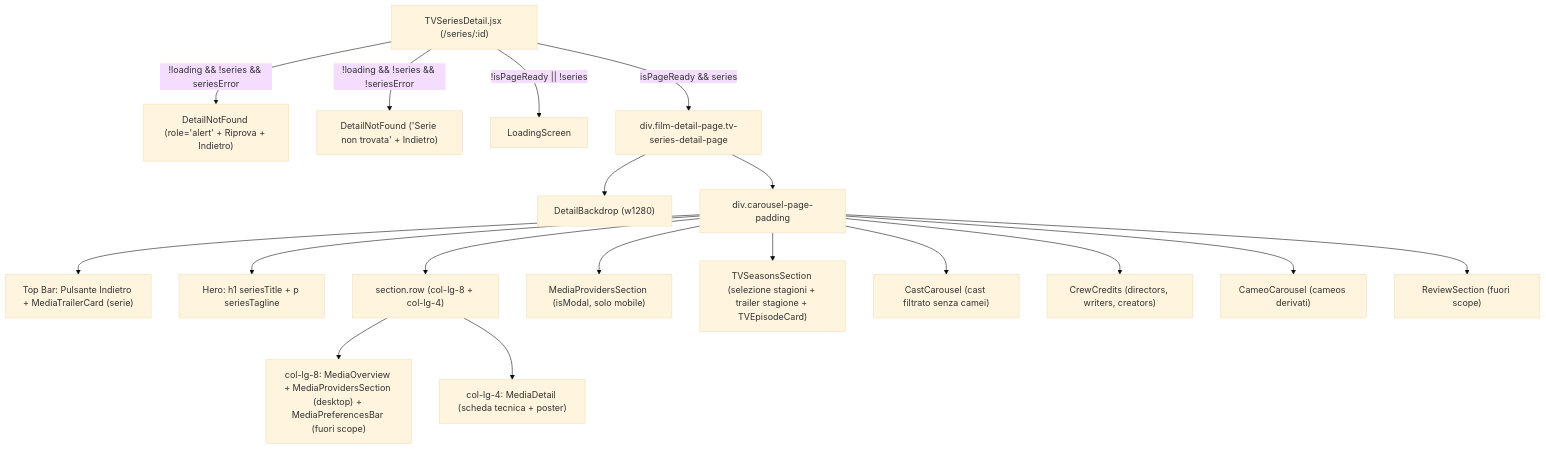
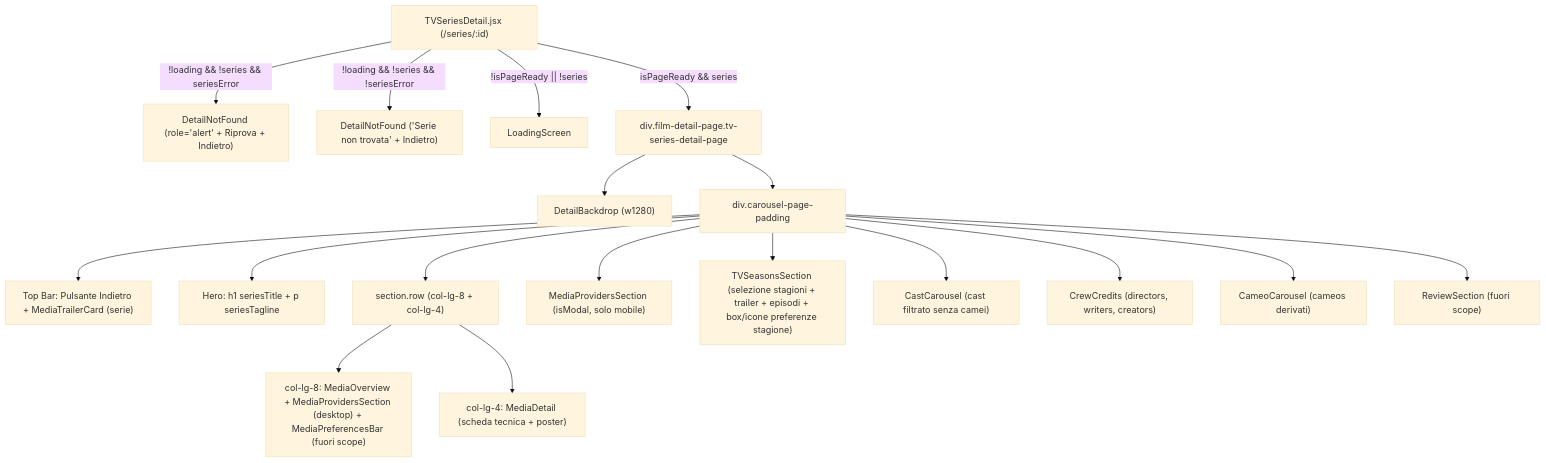
One commit to Lorenzo207378/Cameos changed the second of 2 diagrams in docs/pages/tv-series-detail.md. Above: the diagram before and after it, drawn with Mermaid (base theme). The commit also changed other lines of this file and 14 other files, not shown here.

````diff
--- a/docs/pages/tv-series-detail.md
+++ b/docs/pages/tv-series-detail.md
@@ -121,22 +121,22 @@
 ```mermaid
 flowchart TD
     Route["TVSeriesDetail.jsx (/series/:id)"]
     Route -->|"!loading && !series && seriesError"| Err["DetailNotFound (role='alert' + Riprova + Indietro)"]
     Route -->|"!loading && !series && !seriesError"| NF["DetailNotFound ('Serie non trovata' + Indietro)"]
     Route -->|"!isPageReady || !series"| Loader["LoadingScreen"]
     Route -->|"isPageReady && series"| Page["div.film-detail-page.tv-series-detail-page"]
 
     Page --> Bg["DetailBackdrop (w1280)"]
     Page --> Content["div.carousel-page-padding"]
     Content --> TopBar["Top Bar: Pulsante Indietro + MediaTrailerCard (serie)"]
     Content --> Heading["Hero: h1 seriesTitle + p seriesTagline"]
     Content --> Grid["section.row (col-lg-8 + col-lg-4)"]
     Grid --> Left["col-lg-8: MediaOverview + MediaProvidersSection (desktop) + MediaPreferencesBar (fuori scope)"]
     Grid --> Right["col-lg-4: MediaDetail (scheda tecnica + poster)"]
     Content --> MobileModal["MediaProvidersSection (isModal, solo mobile)"]
-    Content --> Seasons["TVSeasonsSection (selezione stagioni + trailer stagione + TVEpisodeCard)"]
+    Content --> Seasons["TVSeasonsSection (selezione stagioni + trailer + episodi + box/icone preferenze stagione)"]
     Content --> Cast["CastCarousel (cast filtrato senza camei)"]
     Content --> Crew["CrewCredits (directors, writers, creators)"]
     Content --> Cameos["CameoCarousel (cameos derivati)"]
     Content --> Reviews["ReviewSection (fuori scope)"]
 ```
````
